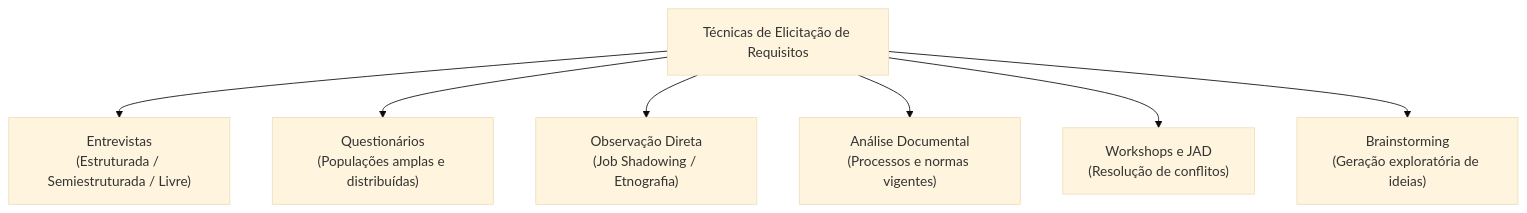
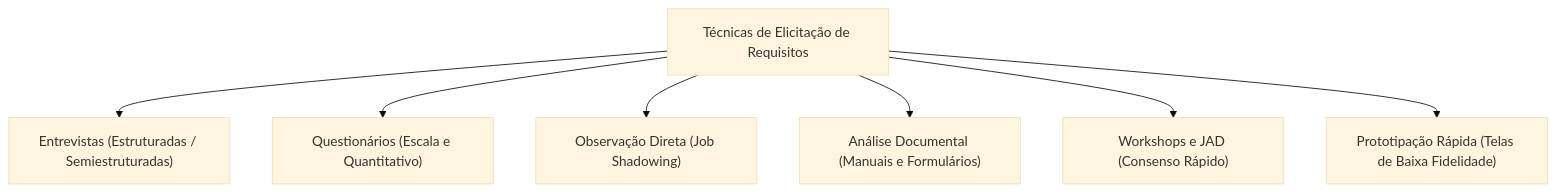
Before and after one commit to murilolol/unifef: the ninth of 32 diagrams in 4º Semestre/[Prof. Wesley Soares] Engenharia de Software II/Resumos-IA/Simulados-Comentados.md, drawn with Mermaid (base theme). The commit also changed other lines of this file and 18 other files, not shown here.

````diff
--- a/4º Semestre/[Prof. Wesley Soares] Engenharia de Software II/Resumos-IA/Simulados-Comentados.md
+++ b/4º Semestre/[Prof. Wesley Soares] Engenharia de Software II/Resumos-IA/Simulados-Comentados.md
@@ -453,10 +474,10 @@
 ```mermaid
 flowchart TD
-    T["Técnicas de Elicitação de Requisitos"]
-    T --> E["Entrevistas<br>(Estruturada / Semiestruturada / Livre)"]
-    T --> Q["Questionários<br>(Populações amplas e distribuídas)"]
-    T --> O["Observação Direta<br>(Job Shadowing / Etnografia)"]
-    T --> A["Análise Documental<br>(Processos e normas vigentes)"]
-    T --> W["Workshops e JAD<br>(Resolução de conflitos)"]
-    T --> B["Brainstorming<br>(Geração exploratória de ideias)"]
+ T["Técnicas de Elicitação de Requisitos"]
+ T --> E["Entrevistas (Estruturadas / Semiestruturadas)"]
+ T --> Q["Questionários (Escala e Quantitativo)"]
+ T --> O["Observação Direta (Job Shadowing)"]
+ T --> AD["Análise Documental (Manuais e Formulários)"]
+ T --> W["Workshops e JAD (Consenso Rápido)"]
+ T --> P["Prototipação Rápida (Telas de Baixa Fidelidade)"]
 ```
````
